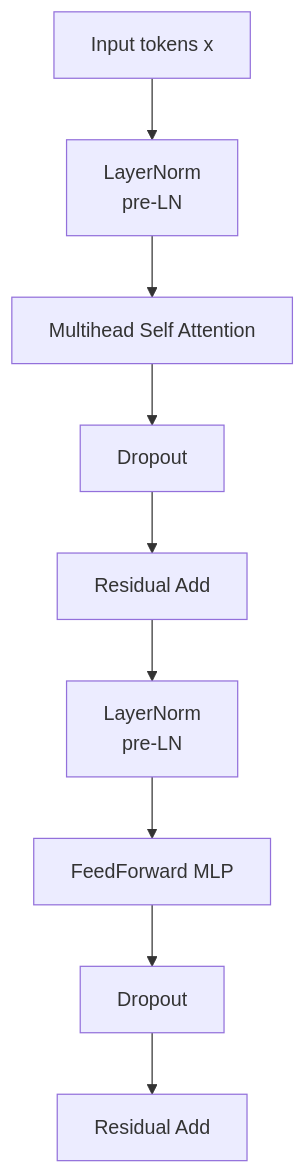
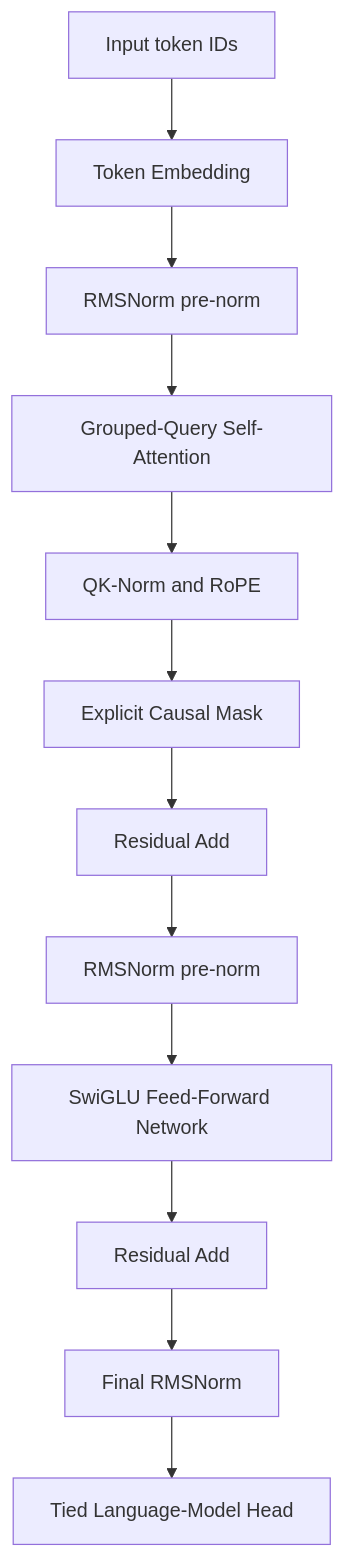
Before and after one commit to envymoon/GPT-A-Minimal-Interpretable-Implementation: the diagram in README.md, drawn with Mermaid. The commit also changed other lines of this file and 24 other files, not shown here.

````diff
--- a/README.md
+++ b/README.md
@@ -10,14 +17,20 @@
 ```mermaid
 graph TD
-    X[Input tokens x]
-    LN1[LayerNorm<br/>pre-LN]
-    MHA[Multihead Self Attention]
-    D1[Dropout]
+    X[Input token IDs]
+    EMB[Token Embedding]
+    RMS1[RMSNorm pre-norm]
+    GQA[Grouped-Query Self-Attention]
+    QKN[QK-Norm and RoPE]
+    MASK[Explicit Causal Mask]
     R1[Residual Add]
-    LN2[LayerNorm<br/>pre-LN]
-    FFN[FeedForward MLP]
-    D2[Dropout]
+    RMS2[RMSNorm pre-norm]
+    FFN[SwiGLU Feed-Forward Network]
     R2[Residual Add]
+    FINAL[Final RMSNorm]
+    HEAD[Tied Language-Model Head]
 
-    X --> LN1 --> MHA --> D1 --> R1 --> LN2 --> FFN --> D2 --> R2
+    X --> EMB --> RMS1 --> GQA
+    GQA --> QKN --> MASK --> R1
+    R1 --> RMS2 --> FFN --> R2
+    R2 --> FINAL --> HEAD
 ```
````
